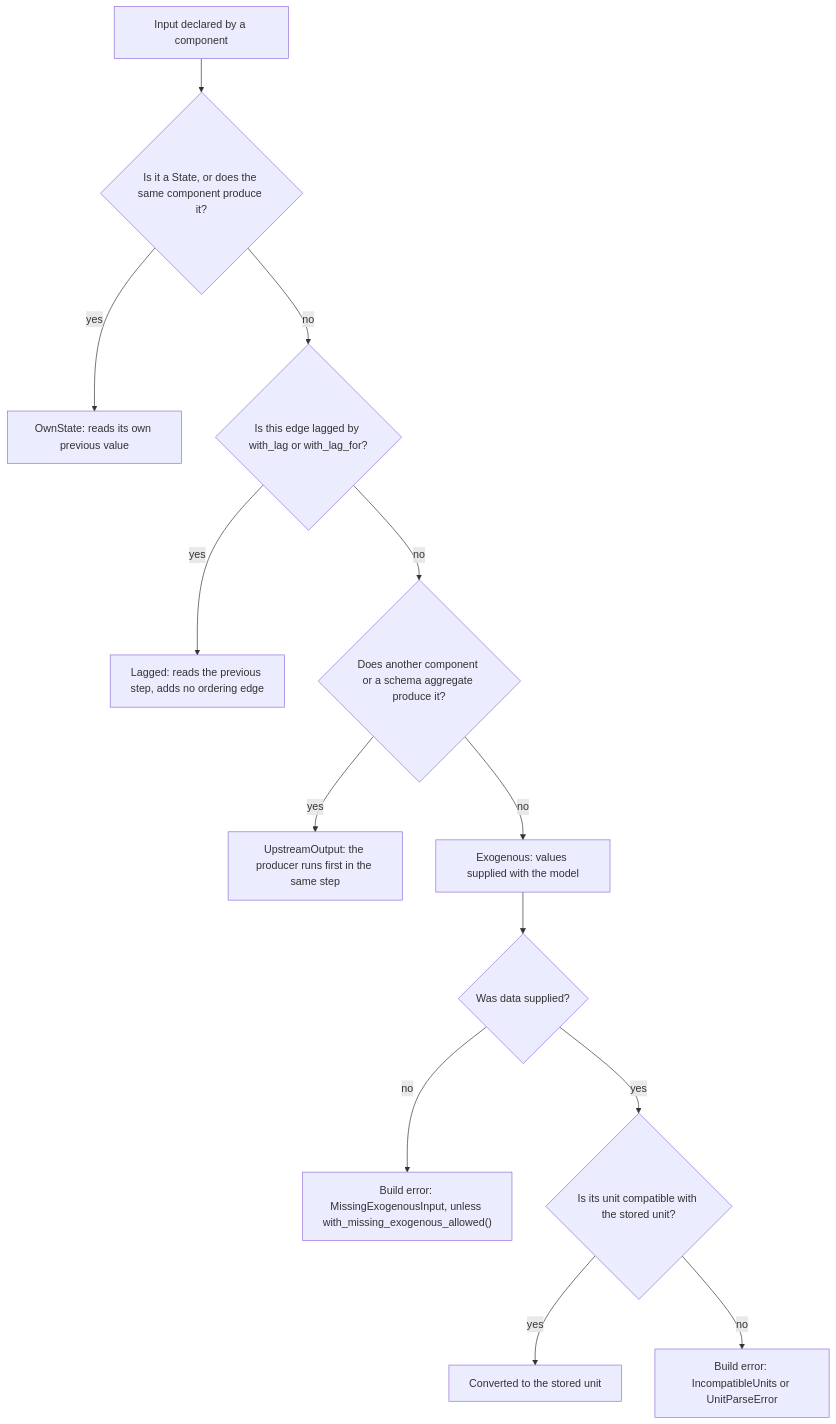
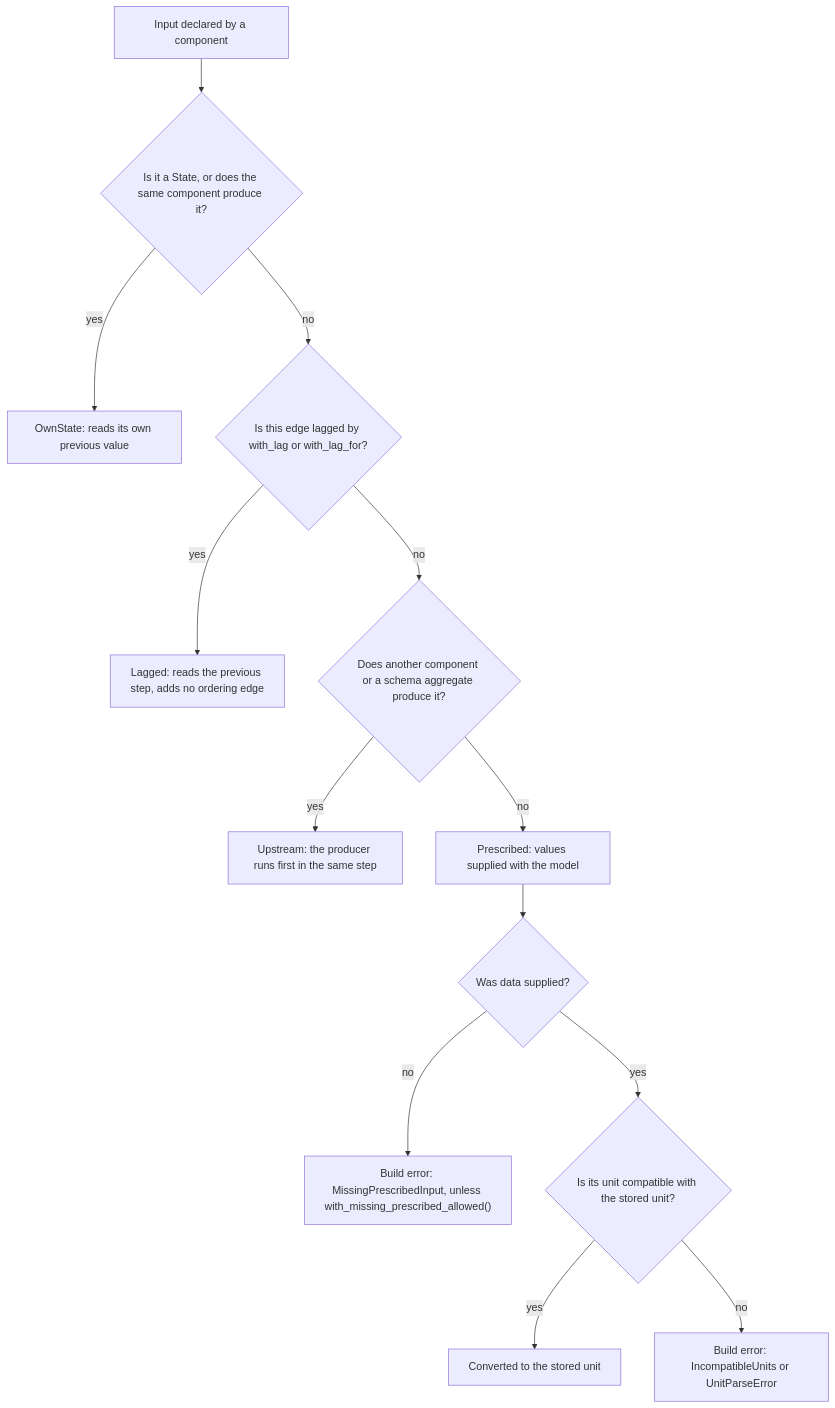
One commit to lewisjared/rscm changed the third of 3 diagrams in docs/key_concepts.md. Above: the diagram before and after it, drawn with Mermaid. The commit also changed other lines of this file and 181 other files, not shown here.

````diff
--- a/docs/key_concepts.md
+++ b/docs/key_concepts.md
@@ -326,15 +327,15 @@
 ```mermaid
 flowchart TD
   A["Input declared by a component"] --> B{"Is it a State, or does the same component produce it?"}
   B -->|yes| OS["OwnState: reads its own previous value"]
   B -->|no| C{"Is this edge lagged by with_lag or with_lag_for?"}
   C -->|yes| L["Lagged: reads the previous step, adds no ordering edge"]
   C -->|no| D{"Does another component or a schema aggregate produce it?"}
-  D -->|yes| U["UpstreamOutput: the producer runs first in the same step"]
-  D -->|no| X["Exogenous: values supplied with the model"]
+  D -->|yes| U["Upstream: the producer runs first in the same step"]
+  D -->|no| X["Prescribed: values supplied with the model"]
   X --> E{"Was data supplied?"}
-  E -->|no| M["Build error: MissingExogenousInput, unless with_missing_exogenous_allowed()"]
+  E -->|no| M["Build error: MissingPrescribedInput, unless with_missing_prescribed_allowed()"]
   E -->|yes| F{"Is its unit compatible with the stored unit?"}
   F -->|yes| V["Converted to the stored unit"]
   F -->|no| W["Build error: IncompatibleUnits or UnitParseError"]
 ```
````
